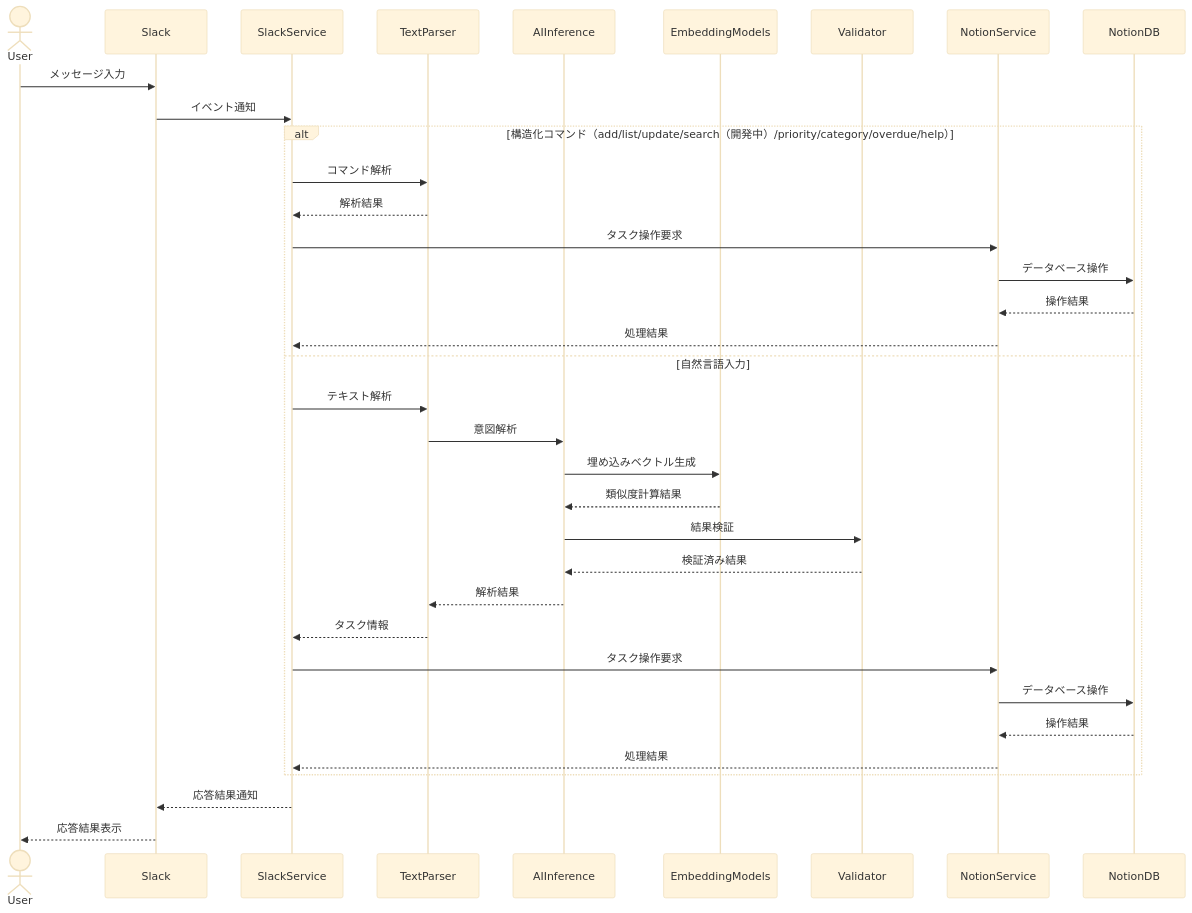
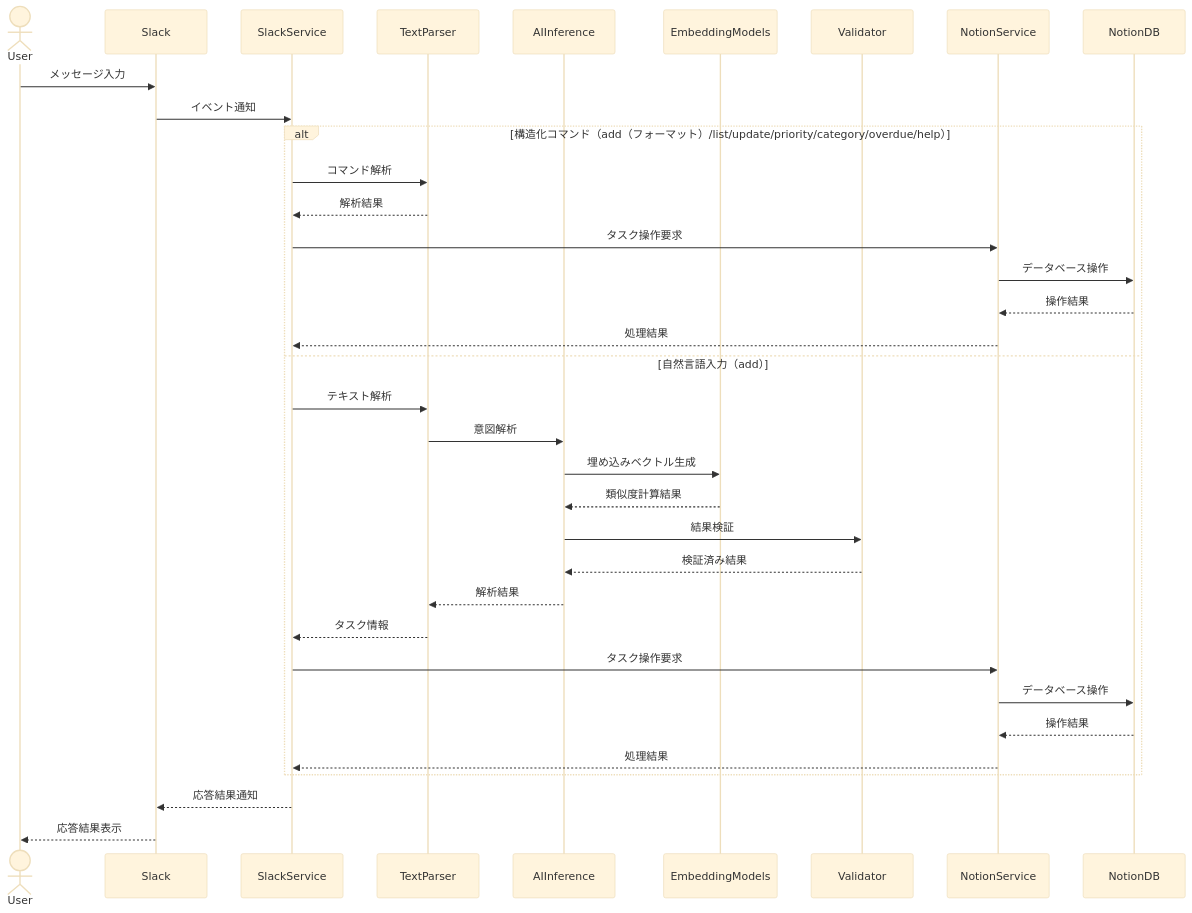
Before and after one commit to YL08140921/Task-Manager-for-Slack-bot: the third of 3 diagrams in docs/システム概要.md, drawn with Mermaid (base theme).

Commit message:
システム概要のdocs-修正

````diff
--- a/docs/システム概要.md
+++ b/docs/システム概要.md
@@ -145,40 +145,40 @@
 ```mermaid
 sequenceDiagram
     actor User
     participant Slack
     participant SS as SlackService
     participant TP as TextParser
     participant AI as AIInference
     participant EM as EmbeddingModels
     participant Val as Validator
     participant NS as NotionService
     participant Notion as NotionDB
 
     User->>Slack: メッセージ入力
     Slack->>SS: イベント通知
 
-    alt 構造化コマンド（add/list/update/search（開発中）/priority/category/overdue/help）
+    alt 構造化コマンド（add（フォーマット）/list/update/priority/category/overdue/help）
         SS->>TP: コマンド解析
         TP-->>SS: 解析結果
         SS->>NS: タスク操作要求
         NS->>Notion: データベース操作
         Notion-->>NS: 操作結果
         NS-->>SS: 処理結果
-    else 自然言語入力
+    else 自然言語入力（add）
         SS->>TP: テキスト解析
         TP->>AI: 意図解析
         AI->>EM: 埋め込みベクトル生成
         EM-->>AI: 類似度計算結果
         AI->>Val: 結果検証
         Val-->>AI: 検証済み結果
         AI-->>TP: 解析結果
         TP-->>SS: タスク情報
         SS->>NS: タスク操作要求
         NS->>Notion: データベース操作
         Notion-->>NS: 操作結果
         NS-->>SS: 処理結果
     end
 
     SS-->>Slack: 応答結果通知
     Slack-->>User: 応答結果表示
 ```
````
